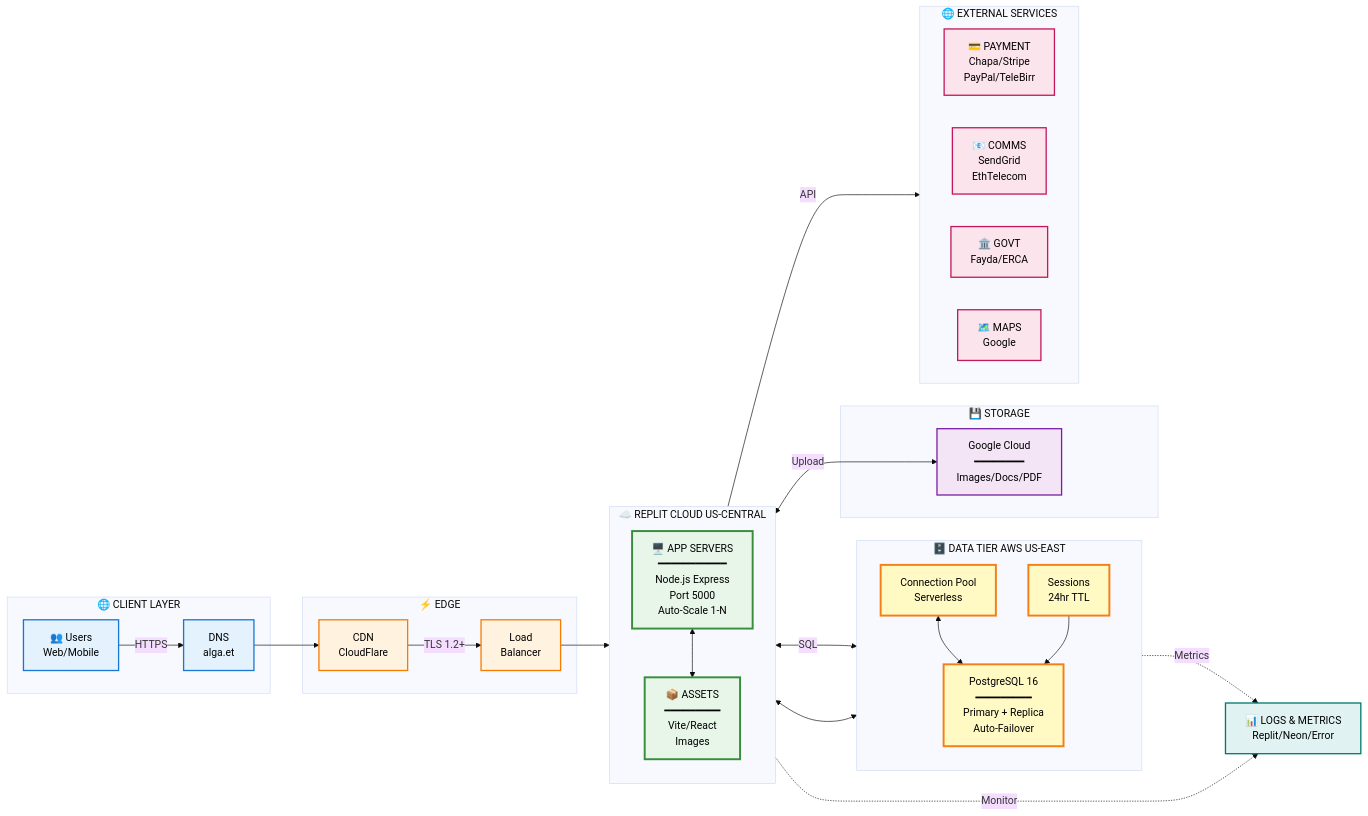
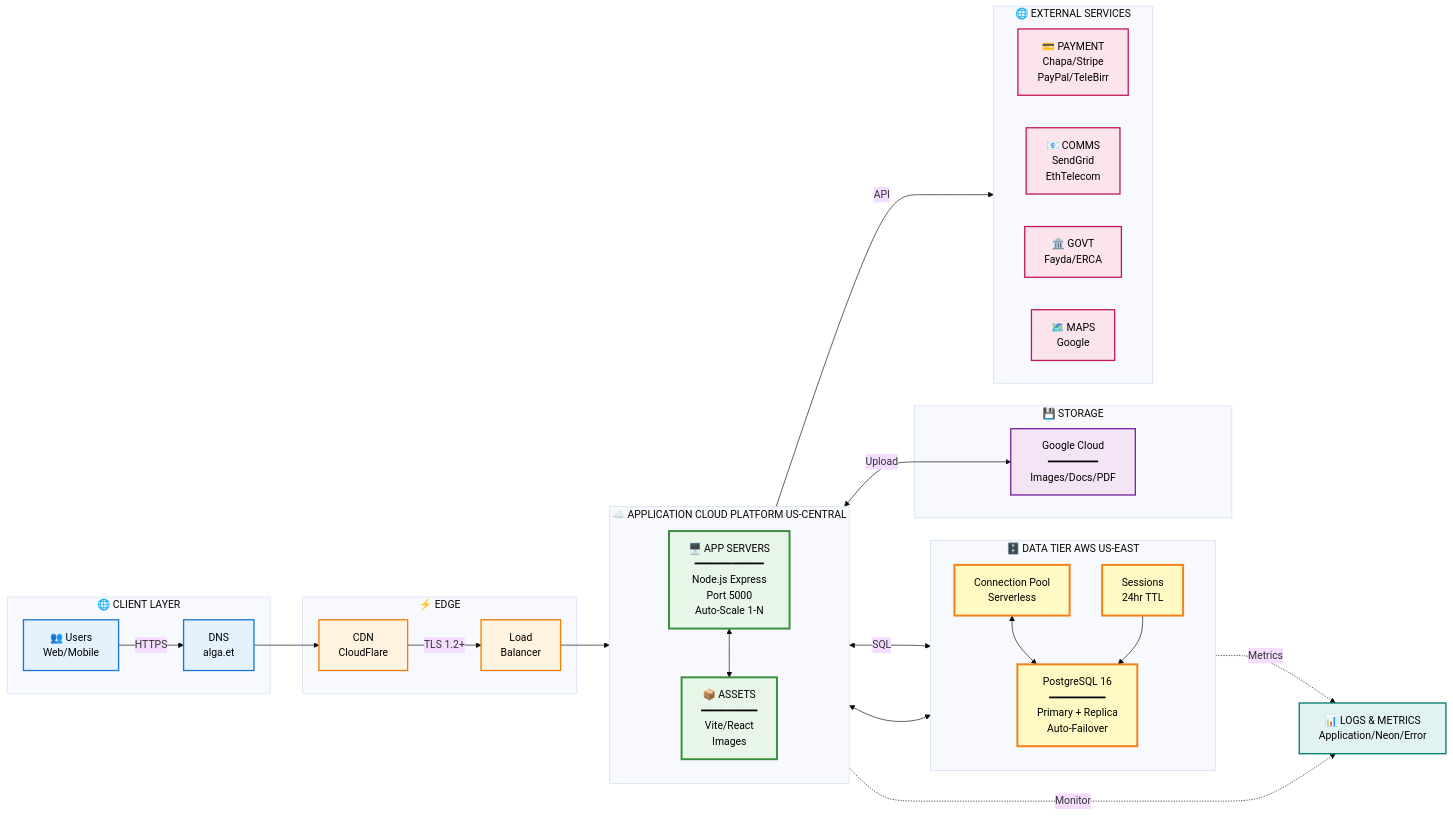
Before and after one commit to Alga-weyni/alga-app: the diagram in docs/diagrams/Deployment_Architecture.md, drawn with Mermaid (base theme). The commit also changed other lines of this file and 3 other files, not shown here.

First line of the commit message:
Update infrastructure and deployment details to a generic cloud platform

````diff
--- a/docs/diagrams/Deployment_Architecture.md
+++ b/docs/diagrams/Deployment_Architecture.md
@@ -4,79 +4,79 @@
 ```mermaid
 flowchart LR
     %% Left Side - Users & Edge
     subgraph Client["🌐 CLIENT LAYER"]
         Users["👥 Users<br/>Web/Mobile"]
         DNS["DNS<br/>alga.et"]
     end
     
     subgraph Edge["⚡ EDGE"]
         CDN["CDN<br/>CloudFlare"]
         LB["Load<br/>Balancer"]
     end
     
     %% Center - Application Servers
-    subgraph Replit["☁️ REPLIT CLOUD US-CENTRAL"]
+    subgraph CloudPlatform["☁️ APPLICATION CLOUD PLATFORM US-CENTRAL"]
         direction TB
         App["🖥️ APP SERVERS<br/>━━━━━━━━━━━<br/>Node.js Express<br/>Port 5000<br/>Auto-Scale 1-N"]
         Static["📦 ASSETS<br/>━━━━━━━━━<br/>Vite/React<br/>Images"]
     end
     
     %% Right - Database & Storage
     subgraph Data["🗄️ DATA TIER AWS US-EAST"]
         direction TB
         DB["PostgreSQL 16<br/>━━━━━━━━━<br/>Primary + Replica<br/>Auto-Failover"]
         Pool["Connection Pool<br/>Serverless"]
         Session["Sessions<br/>24hr TTL"]
     end
     
     subgraph Storage["💾 STORAGE"]
         GCS["Google Cloud<br/>━━━━━━━━<br/>Images/Docs/PDF"]
     end
     
     %% Bottom - External Services (Compact)
     subgraph External["🌐 EXTERNAL SERVICES"]
         direction LR
         Pay["💳 PAYMENT<br/>Chapa/Stripe<br/>PayPal/TeleBirr"]
         Comm["📧 COMMS<br/>SendGrid<br/>EthTelecom"]
         Gov["🏛️ GOVT<br/>Fayda/ERCA"]
         Maps["🗺️ MAPS<br/>Google"]
     end
     
     %% Monitoring
-    Logs["📊 LOGS & METRICS<br/>Replit/Neon/Error"]
+    Logs["📊 LOGS & METRICS<br/>Application/Neon/Error"]
     
     %% Connections - Left to Right Flow
     Users -->|HTTPS| DNS
     DNS --> CDN
     CDN -->|TLS 1.2+| LB
     LB --> App
     
     App <-->|SQL| Pool
     Pool <--> DB
     App <--> Session
     Session --> DB
     App <--> Static
     App <-->|Upload| GCS
     
     App -->|API| External
     
     App -.->|Monitor| Logs
     DB -.->|Metrics| Logs
     
     %% Styling - Compact for A4
     classDef clientClass fill:#e3f2fd,stroke:#1976d2,stroke-width:2px,color:#000
     classDef edgeClass fill:#fff3e0,stroke:#f57c00,stroke-width:2px,color:#000
     classDef appClass fill:#e8f5e9,stroke:#388e3c,stroke-width:3px,color:#000
     classDef dataClass fill:#fff9c4,stroke:#f57f17,stroke-width:3px,color:#000
     classDef storageClass fill:#f3e5f5,stroke:#7b1fa2,stroke-width:2px,color:#000
     classDef externalClass fill:#fce4ec,stroke:#c2185b,stroke-width:2px,color:#000
     classDef monitorClass fill:#e0f2f1,stroke:#00796b,stroke-width:2px,color:#000
     
     class Users,DNS clientClass
     class CDN,LB edgeClass
     class App,Static appClass
     class DB,Pool,Session dataClass
     class GCS storageClass
     class Pay,Comm,Gov,Maps externalClass
     class Logs monitorClass
 ```
````
